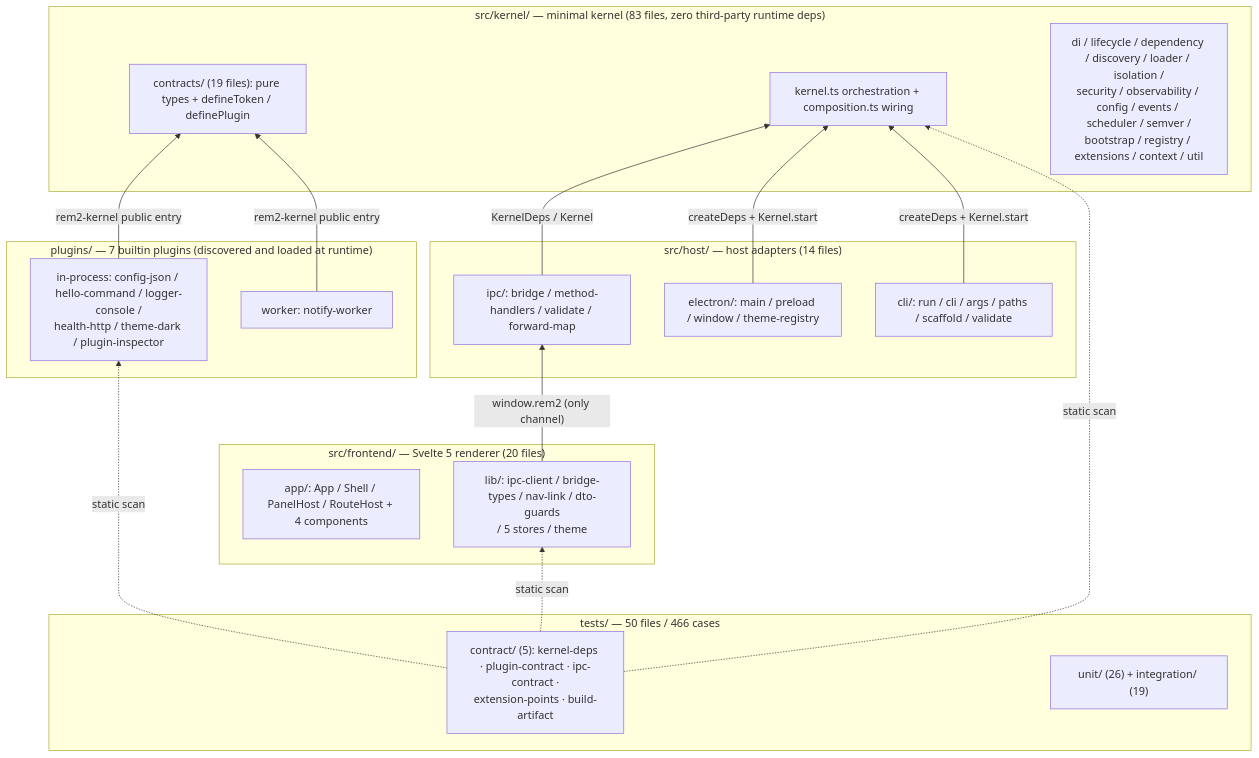
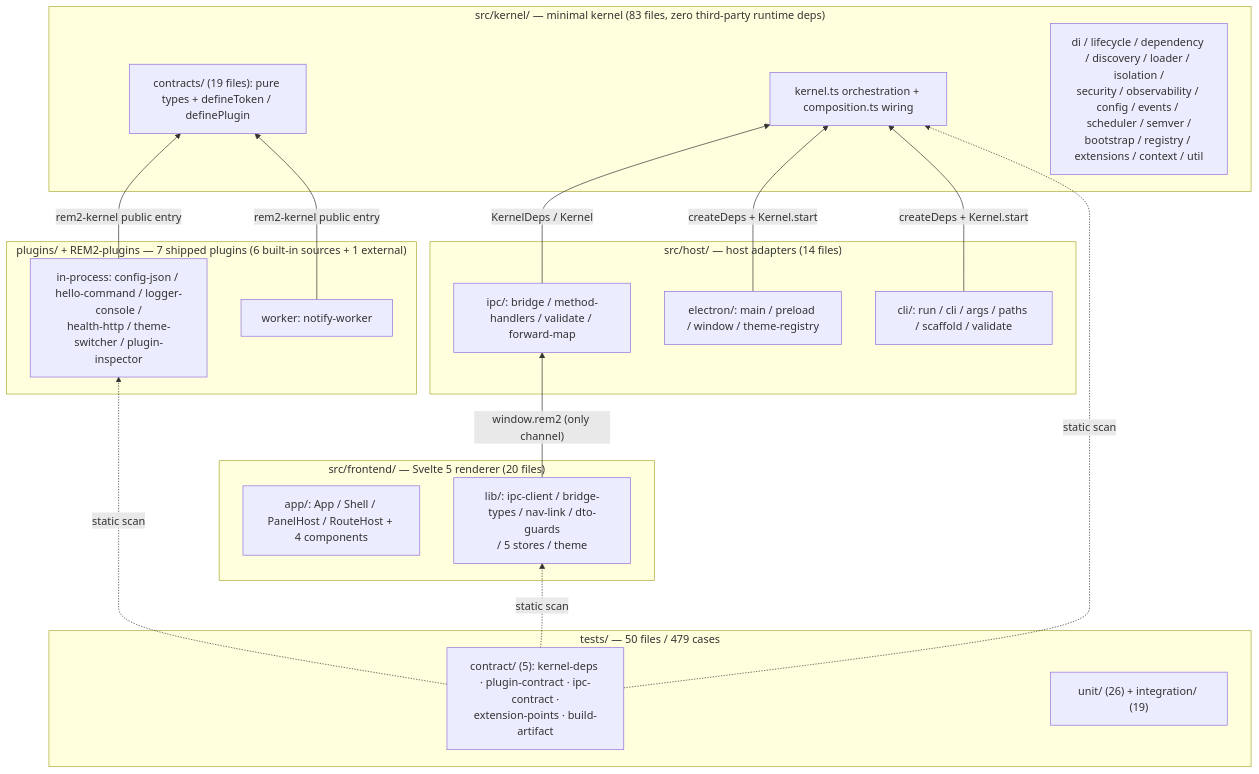
One commit to kino14910/REM2 changed the first of 5 diagrams in docs/en/01-architecture-overview.md. Above: the diagram before and after it, drawn with Mermaid. The commit also changed other lines of this file and 12 other files, not shown here.

````diff
--- a/docs/en/01-architecture-overview.md
+++ b/docs/en/01-architecture-overview.md
@@ -19,39 +19,39 @@
 ```mermaid
 graph BT
-    subgraph L1["plugins/ — 7 builtin plugins (discovered and loaded at runtime)"]
-        PA["in-process: config-json / hello-command / logger-console /<br/>health-http / theme-dark / plugin-inspector"]
+    subgraph L1["plugins/ + REM2-plugins — 7 shipped plugins (6 built-in sources + 1 external)"]
+        PA["in-process: config-json / hello-command / logger-console /<br/>health-http / theme-switcher / plugin-inspector"]
         PB["worker: notify-worker"]
     end
 
     subgraph L2["src/frontend/ — Svelte 5 renderer (20 files)"]
         FA["app/: App / Shell / PanelHost / RouteHost + 4 components"]
         FB["lib/: ipc-client / bridge-types / nav-link / dto-guards<br/>/ 5 stores / theme"]
     end
 
     subgraph L3["src/host/ — host adapters (14 files)"]
         HA["electron/: main / preload / window / theme-registry"]
         HB["ipc/: bridge / method-handlers / validate / forward-map"]
         HC["cli/: run / cli / args / paths / scaffold / validate"]
     end
 
     subgraph L4["src/kernel/ — minimal kernel (83 files, zero third-party runtime deps)"]
         KA["contracts/ (19 files): pure types + defineToken / definePlugin"]
         KB["kernel.ts orchestration + composition.ts wiring"]
         KC["di / lifecycle / dependency / discovery / loader / isolation /<br/>security / observability / config / events / scheduler / semver /<br/>bootstrap / registry / extensions / context / util"]
     end
 
-    subgraph L5["tests/ — 50 files / 466 cases"]
+    subgraph L5["tests/ — 50 files / 479 cases"]
         TA["contract/ (5): kernel-deps · plugin-contract · ipc-contract ·<br/>extension-points · build-artifact"]
         TB["unit/ (26) + integration/ (19)"]
     end
 
     FB -->|"window.rem2 (only channel)"| HB
     HB -->|"KernelDeps / Kernel"| KB
     HA -->|"createDeps + Kernel.start"| KB
     HC -->|"createDeps + Kernel.start"| KB
     PA -->|"rem2-kernel public entry"| KA
     PB -->|"rem2-kernel public entry"| KA
     TA -.->|"static scan"| KB
     TA -.->|"static scan"| FB
     TA -.->|"static scan"| PA
 ```
````
